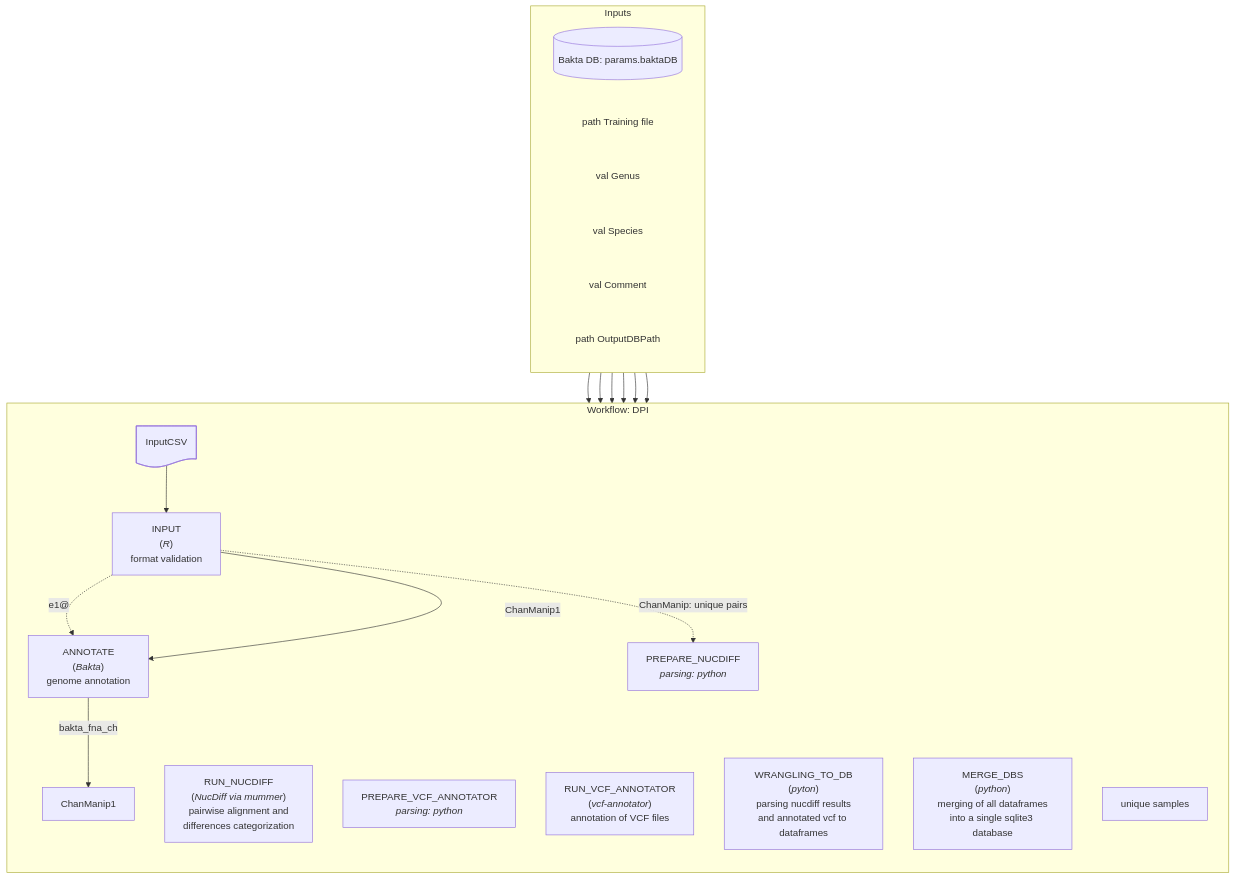
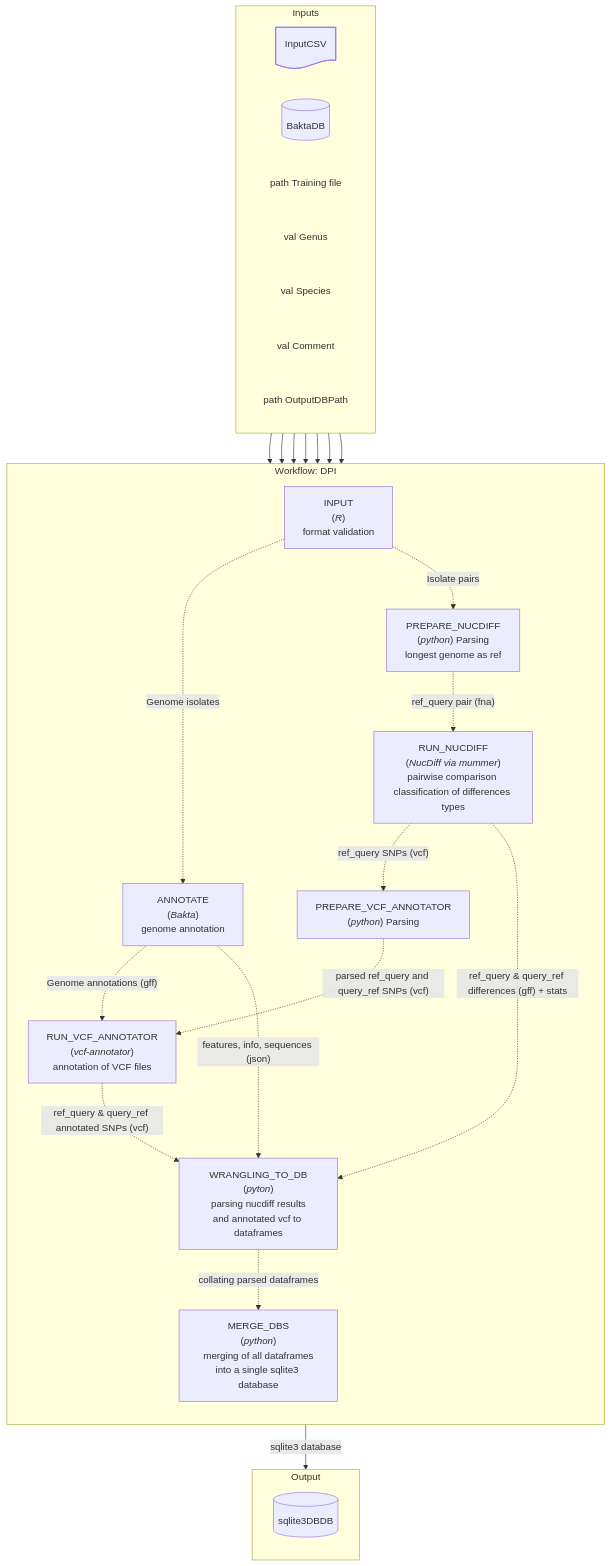
Before and after one commit to NorwegianVeterinaryInstitute/DPI: the diagram in documentation/DPI_workflow.mermaid, drawn with Mermaid. The commit also changed 1 other file, not shown here.

```diff
--- a/documentation/DPI_workflow.mermaid
+++ b/documentation/DPI_workflow.mermaid
@@ -1,70 +1,75 @@
 graph TD
-    subgraph Inputs
+    subgraph Inputs 
         direction LR
-        
-        BaktaDB[Bakta DB: params.baktaDB]
-        Training[Prodigal Training: params.training]
-        Genus[Genus: params.genus]
-        Species[Species: params.species]
-        Comment[Comment: params.comment]
-        OutputDBPath[Output DB Path: params.sqlitedb]
+        %% Input Definitions %%
+        InputCSV@{ shape: doc, label: "InputCSV"}
+        BaktaDB@{shape: cyl, label; "path baktaDB"}
+        Training@{shape: text, label: "path Training file" }
+        Genus@{shape: text, label: "val Genus" }
+        Species@{shape: text, label: "val Species" }
+        Comment@{shape: text, label: "val Comment" }
+        OutputDBPath@{shape: text, label: "path OutputDBPath" }
     end
 
     subgraph "Workflow: DPI"
         direction TB
-        %% Node Definitions %%
+        %% Processes Definitions %%
         INPUT["`INPUT
             (_R_)
             format validation`"]
         ANNOTATE["`ANNOTATE
             (_Bakta_)
             genome annotation`"]
         PREPARE_NUCDIFF["`PREPARE_NUCDIFF
-            _parsing: python_`"]
+            (_python_) Parsing 
+            longest genome as ref`"]
         RUN_NUCDIFF["`RUN_NUCDIFF
             (_NucDiff via mummer_)
-            pairwise alignment and 
-            differences categorization`"]
+            pairwise comparison 
+            classification of differences types`"]
         PREPARE_VCF_ANNOTATOR["`PREPARE_VCF_ANNOTATOR
-            _parsing: python_`"]
+            (_python_) Parsing`"]
         RUN_VCF_ANNOTATOR["`RUN_VCF_ANNOTATOR
             (_vcf-annotator_)
             annotation of VCF files`"]
         WRANGLING_TO_DB["`WRANGLING_TO_DB
             (_pyton_)
             parsing nucdiff results
             and annotated vcf to dataframes`"]
         MERGE_DBS["`MERGE_DBS
             (_python_)
             merging of all dataframes
             into a single sqlite3 database`"]
 
-        %% Input Definitions %%
-        InputCSV@{ shape: doc, label: "InputCSV"} --> INPUT
-        BaktaDB@{shape: cyl, label; "path baktaDB"} --> ANNOTATE
-        Training@{shape: text, label: "path Training file" } --> ANNOTATE
-        Genus@{shape: text, label: "val Genus" } --> ANNOTATE
-        Species@{shape: text, label: "val Species" } --> ANNOTATE
-        Comment@{shape: text, label: "val Comment" } --> WRANGLING_TO_DB
-        OutputDBPath@{shape: text, label: "path OutputDBPath" } --> MERGE_DBS
-                
+        %% Input to process
+        InputCSV --> INPUT
+        BaktaDB --> ANNOTATE
+        Training --> ANNOTATE
+        Genus --> ANNOTATE
+        Species --> ANNOTATE
+        Comment --> WRANGLING_TO_DB
+        OutputDBPath --> MERGE_DBS
         
         %% Channels manipulations %% 
-        INPUT -. e1@ .-> ANNOTATE
-        e1@{shape:text, label : "unique samples"} 
-        INPUT -. ChanManip: unique pairs .-> PREPARE_NUCDIFF
-        INPUT -- ChanManip1 --> 
-        ANNOTATE -- bakta_fna_ch --> ChanManip1
+        INPUT -. Genome isolates  .-> ANNOTATE
+        INPUT -. Isolate pairs .-> PREPARE_NUCDIFF
+        PREPARE_NUCDIFF -. ref_query pair (fna) .-> RUN_NUCDIFF
+        RUN_NUCDIFF -. ref_query SNPs (vcf) .-> PREPARE_VCF_ANNOTATOR
+        PREPARE_VCF_ANNOTATOR -. parsed ref_query and query_ref SNPs (vcf) .-> RUN_VCF_ANNOTATOR
+        ANNOTATE -. Genome annotations (gff) .-> RUN_VCF_ANNOTATOR
+        RUN_VCF_ANNOTATOR -. ref_query & query_ref annotated SNPs (vcf) .-> WRANGLING_TO_DB
+        RUN_NUCDIFF -. ref_query & query_ref differences (gff) + stats .-> WRANGLING_TO_DB
+        ANNOTATE -. features, info, sequences (json) .-> WRANGLING_TO_DB
+        WRANGLING_TO_DB -. collating parsed dataframes .-> MERGE_DBS
+        end
 
-        %%ChanManip1 -- fna_pairs_ch --> PREPARE_NUCDIFF[PREPARE_NUCDIFF: Prepare inputs for NucDiff, Select longest as ref]%%
+        
+        subgraph "Output"
+        direction TB
+        %% Outputs %%
+        %% Need to be defined %% 
+        MERGE_DBS -- sqlite3 database --> sqlite3DBDB@{shape: cyl, label; "sqlite3DB"}
+        end
 
-        %%PREPARE_NUCDIFF -- ref_query_ch --> RUN_NUCDIFF[RUN_NUCDIFF: Run NucDiff\\Mummer for pairwise comparison & classification of differences]%%
-
-        %%RUN_NUCDIFF -- nucdiff_vcf_ch --> PREPARE_VCF_ANNOTATOR[PREPARE_VCF_ANNOTATOR: Prepare VCF for annotation]%%
-
-        %%PREPARE_VCF_ANNOTATOR -- prep_vcf_ch --> ChanManip2{Prepare VCF Annotation Input: Combine PREPARE_VCF_ANNOTATOR:prep_vcf_ch & ANNOTATE:bakta_gbff_ch}%%
-        %%ANNOTATE -- bakta_gbff_ch --> ChanManip2%%
-
-        %%ChanManip2 -- vcf_annot_ch --> RUN_VCF_ANNOTATOR[RUN_VCF_ANNOTATOR: Annotate VCF files with gene info with vcf-annotator]%%
-
-end
+%% classDef emptySub color: transparent, stroke: none, fill : transparent; %%
+%% class Inputs emptySub; %% 
```
